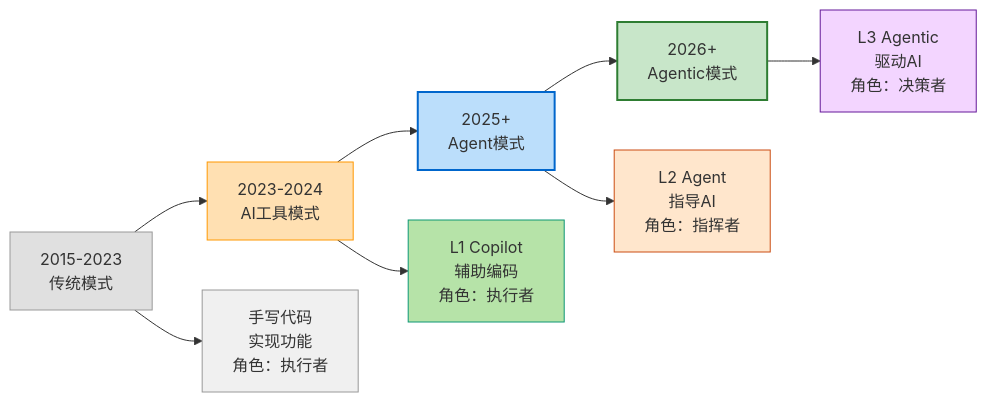
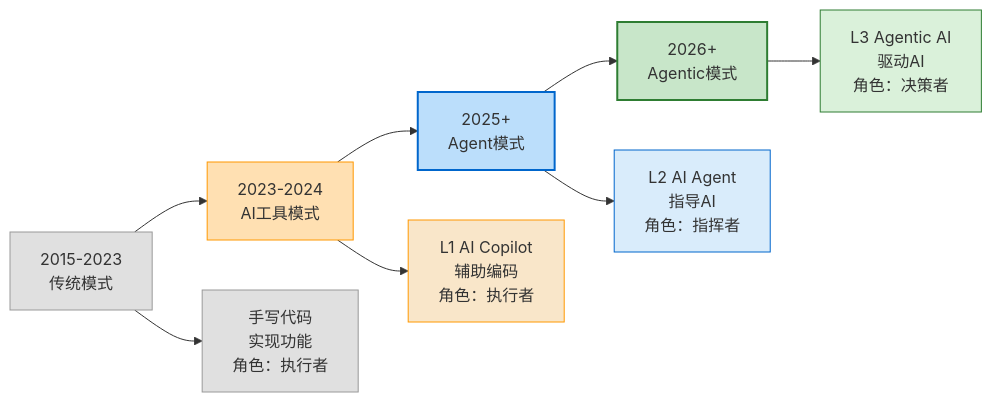
Before and after one commit to microwind/algorithms: the first of 9 diagrams in start-here/Why-Programmers-35-Plus-Are-Thriving-in-AI-Era.md, drawn with Mermaid. The commit also changed other lines of this file and 14 other files, not shown here.

````diff
--- a/start-here/Why-Programmers-35-Plus-Are-Thriving-in-AI-Era.md
+++ b/start-here/Why-Programmers-35-Plus-Are-Thriving-in-AI-Era.md
@@ -25,28 +31,28 @@
 ```mermaid
 graph LR
 
     %% ===== 时间线主线 =====
     P["2015-2023<br/>传统模式"] --> Q["2023-2024<br/>AI工具模式"] --> R["2025+<br/>Agent模式"] --> S["2026+<br/>Agentic模式"]
 
     %% ===== 核心能力纵向显示 =====
     P1["手写代码<br/>实现功能<br/>角色：执行者"] 
-    Q1["L1 Copilot<br/>辅助编码<br/>角色：执行者"] 
-    R1["L2 Agent<br/>指导AI<br/>角色：指挥者"] 
-    S1["L3 Agentic<br/>驱动AI<br/>角色：决策者"]
+    Q1["L1 AI Copilot<br/>辅助编码<br/>角色：执行者"] 
+    R1["L2 AI Agent<br/>指导AI<br/>角色：指挥者"] 
+    S1["L3 Agentic AI<br/>驱动AI<br/>角色：决策者"]
 
     P --> P1
     Q --> Q1
     R --> R1
     S --> S1
 
     %% ===== 节点颜色 =====
-    style P fill:#e0e0e0,stroke:#999
+    style P fill:#e0e0e0,stroke:#999999
     style Q fill:#ffe0b2,stroke:#ff9800
     style R fill:#bbdefb,stroke:#0066cc,stroke-width:2px
     style S fill:#c8e6c9,stroke:#2e7d32,stroke-width:2px
 
-    style P1 fill:#f0f0f0,stroke:#999
-    style Q1 fill:#b6e3a8,stroke:#0D9775
-    style R1 fill:#ffe6cc,stroke:#CB4D12
-    style S1 fill:#f3d5ff,stroke:#651899
+    style P1 fill:#e0e0e0,stroke:#999999
+    style Q1 fill:#F9E6C9,stroke:#ff9800
+    style R1 fill:#D9ECFB,stroke:#0066cc
+    style S1 fill:#DAF1DA,stroke:#2e7d32
 ```
````
